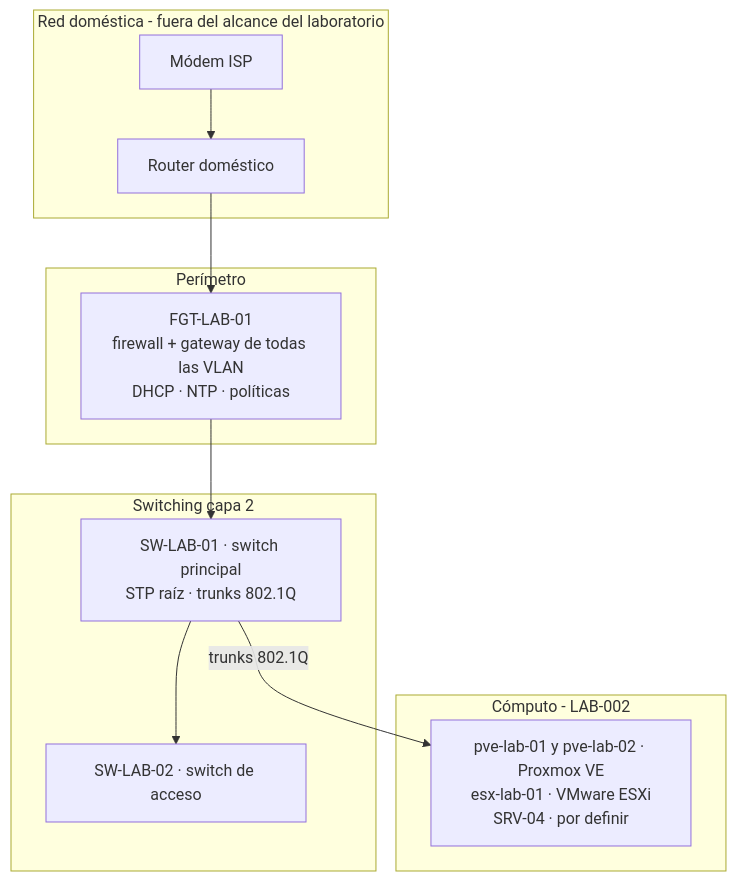
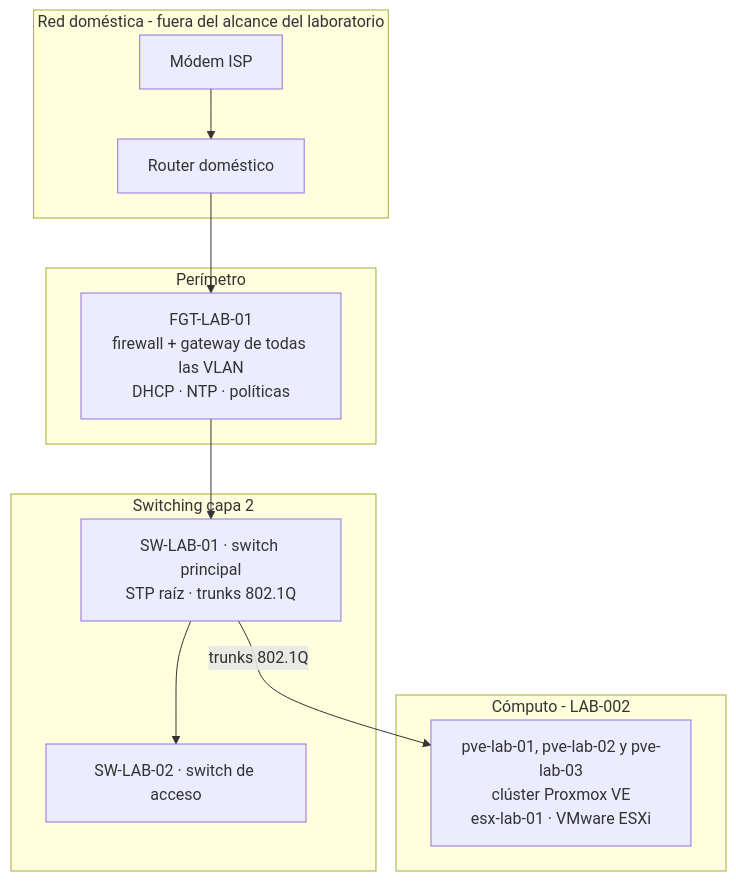
The first of 3 diagrams in docs/architecture.md (Alce1551/EICL-HOMELAB), drawn with Mermaid before and after one commit. The commit also changed other lines of this file and 8 other files, not shown here.

Commit message:
LAB-002-G: integra pve-lab-03 y reubica el acceso MGMT a GE0/0/9

````diff
--- a/docs/architecture.md
+++ b/docs/architecture.md
@@ -11,19 +11,19 @@
 ```mermaid
 flowchart TB
     subgraph Externa[Red doméstica - fuera del alcance del laboratorio]
         ISP[Módem ISP] --> ARC[Router doméstico]
     end
     subgraph Perimetro[Perímetro]
         FGT[FGT-LAB-01<br/>firewall + gateway de todas las VLAN<br/>DHCP · NTP · políticas]
     end
     subgraph Distribucion[Switching capa 2]
         SW1[SW-LAB-01 · switch principal<br/>STP raíz · trunks 802.1Q]
         SW2[SW-LAB-02 · switch de acceso]
     end
     subgraph Computo[Cómputo - LAB-002]
-        NOD[pve-lab-01 y pve-lab-02 · Proxmox VE<br/>esx-lab-01 · VMware ESXi<br/>SRV-04 · por definir]
+        NOD[pve-lab-01, pve-lab-02 y pve-lab-03<br/>clúster Proxmox VE<br/>esx-lab-01 · VMware ESXi]
     end
     ARC --> FGT
     FGT --> SW1 --> SW2
     SW1 -->|trunks 802.1Q| NOD
 ```
````
